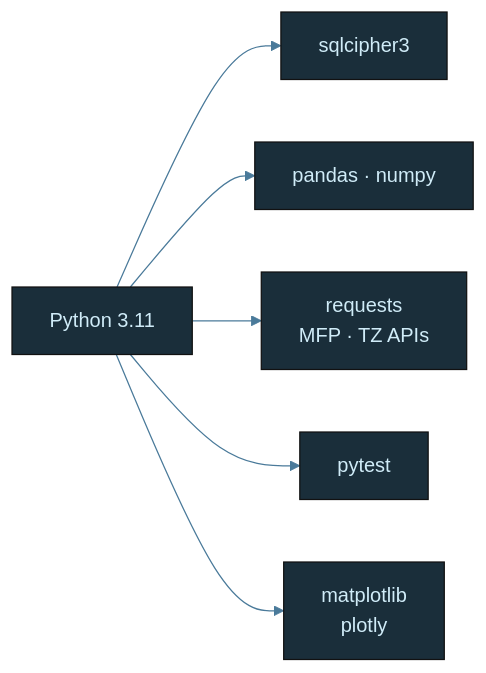
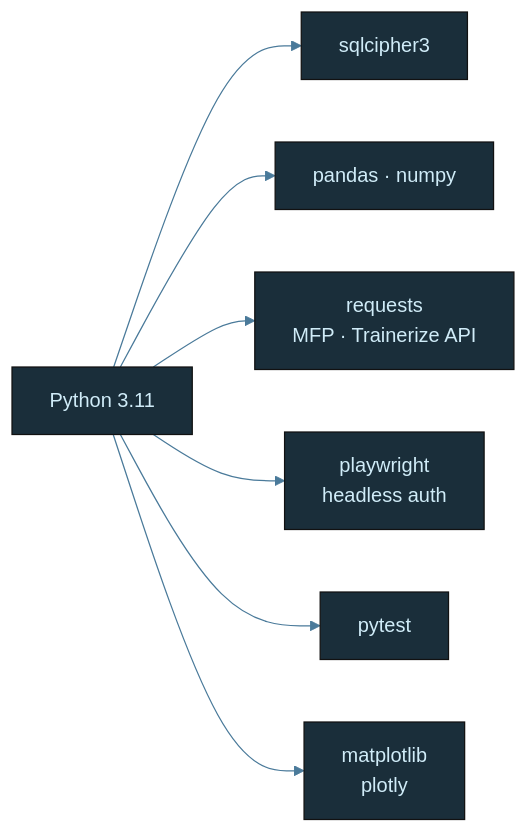
One commit to tylerdrakemusic/-Workspace changed the diagram in diagrams/life-tech-stack.mmd. Above: the diagram before and after it, drawn with Mermaid. The commit also changed 2 other files, not shown here.

Commit message:
⊕ workspace: diagrams — update life-*.mmd for trainerize sync [FR-20260506]

```diff
--- a/diagrams/life-tech-stack.mmd
+++ b/diagrams/life-tech-stack.mmd
@@ -1,19 +1,20 @@
 %%{init: {'theme': 'base', 'themeVariables': {'primaryColor': '#1a2e3a', 'primaryTextColor': '#d0ecf8', 'edgeLabelBackground': '#0f1318', 'lineColor': '#4a7a9a'}}}%%
 graph LR
     Python[Python 3.11] --> SQLCipher[sqlcipher3]
     Python --> Pandas[pandas · numpy]
-    Python --> Requests[requests<br/>MFP · TZ APIs]
+    Python --> Requests[requests<br/>MFP · Trainerize API]
+    Python --> Playwright[playwright<br/>headless auth]
     Python --> Pytest[pytest]
     Python --> Matplotlib[matplotlib<br/>plotly]
     class Python lang
     class SQLCipher,Pandas,Requests,Pytest,Matplotlib lib
 
 classDef life     fill:#1a2e3a,stroke:#6ab4d4,color:#d0ecf8
 classDef music    fill:#3a1a24,stroke:#d47a8f,color:#f8d0dc
 classDef quantum  fill:#251a3a,stroke:#a07adf,color:#e8d0f8
 classDef manifest fill:#3a2e1a,stroke:#d4a96a,color:#f8ead0
 classDef ws       fill:#1a3a30,stroke:#6ad4b4,color:#d0f8ee
 classDef tyler    fill:#2a1a3a,stroke:#9e4aff,color:#fff
 classDef ext      fill:#3a2020,stroke:#ff7a7a,color:#ffd0d0
 classDef db       fill:#3a3010,stroke:#d4c050,color:#f8f0c0
 classDef state    fill:#1a1a1a,stroke:#888888,color:#cccccc
```
